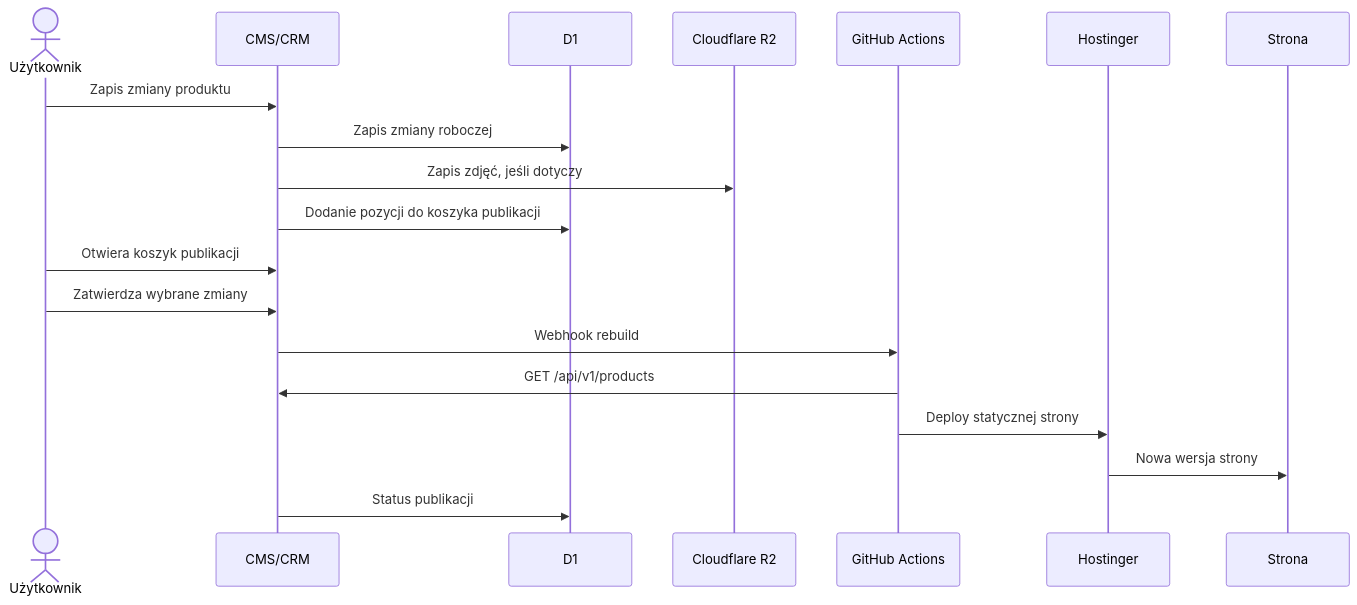
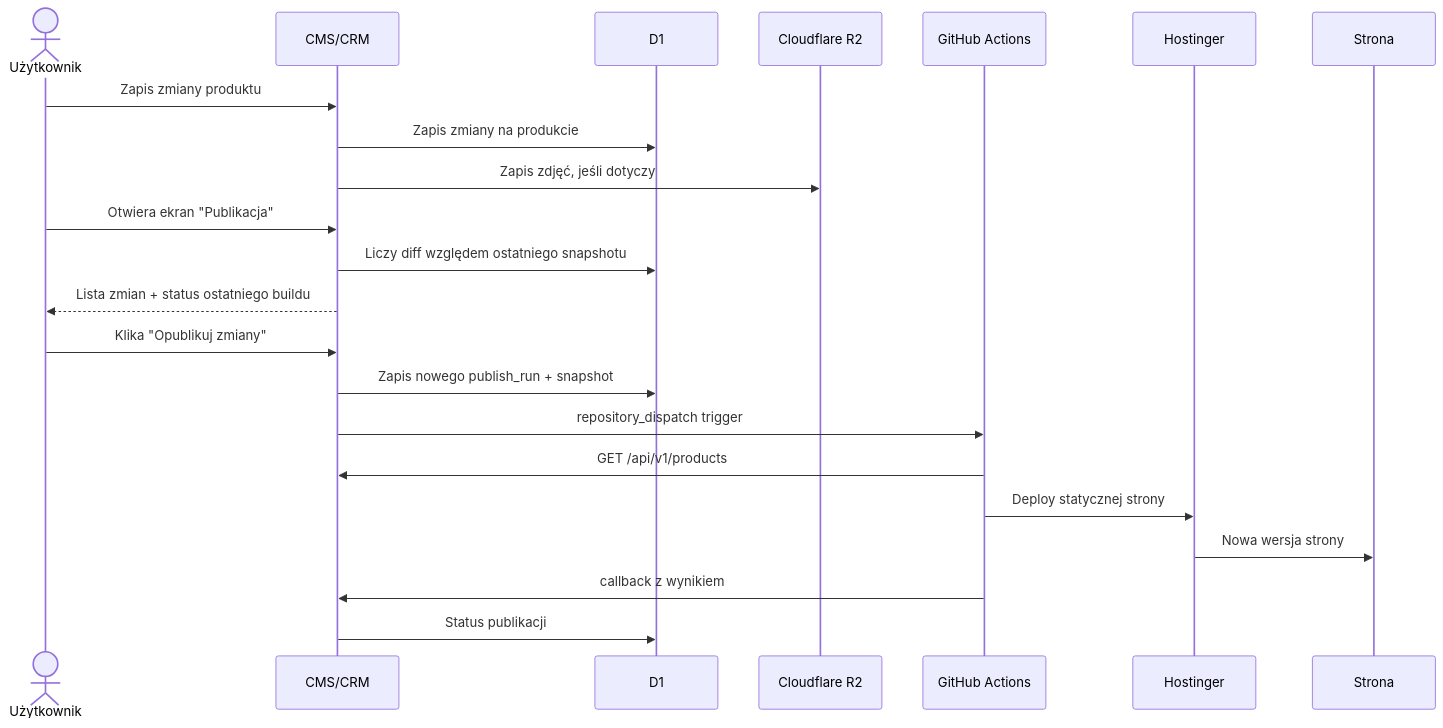
One commit to KamilaseQ/website_warszawskiczas changed the third of 4 diagrams in documentation/CMS-CRM-APP-PLAN.md. Above: the diagram before and after it, drawn with Mermaid. The commit also changed other lines of this file and 9 other files, not shown here.

````diff
--- a/documentation/CMS-CRM-APP-PLAN.md
+++ b/documentation/CMS-CRM-APP-PLAN.md
@@ -630,22 +682,25 @@
 ```mermaid
 sequenceDiagram
   actor User as Użytkownik
   participant CMS as CMS/CRM
   participant DB as D1
   participant R2 as Cloudflare R2
   participant GH as GitHub Actions
   participant Host as Hostinger
   participant Site as Strona
 
   User->>CMS: Zapis zmiany produktu
-  CMS->>DB: Zapis zmiany roboczej
+  CMS->>DB: Zapis zmiany na produkcie
   CMS->>R2: Zapis zdjęć, jeśli dotyczy
-  CMS->>DB: Dodanie pozycji do koszyka publikacji
-  User->>CMS: Otwiera koszyk publikacji
-  User->>CMS: Zatwierdza wybrane zmiany
-  CMS->>GH: Webhook rebuild
+  User->>CMS: Otwiera ekran "Publikacja"
+  CMS->>DB: Liczy diff względem ostatniego snapshotu
+  CMS-->>User: Lista zmian + status ostatniego buildu
+  User->>CMS: Klika "Opublikuj zmiany"
+  CMS->>DB: Zapis nowego publish_run + snapshot
+  CMS->>GH: repository_dispatch trigger
   GH->>CMS: GET /api/v1/products
   GH->>Host: Deploy statycznej strony
   Host->>Site: Nowa wersja strony
+  GH->>CMS: callback z wynikiem
   CMS->>DB: Status publikacji
 ```
````
